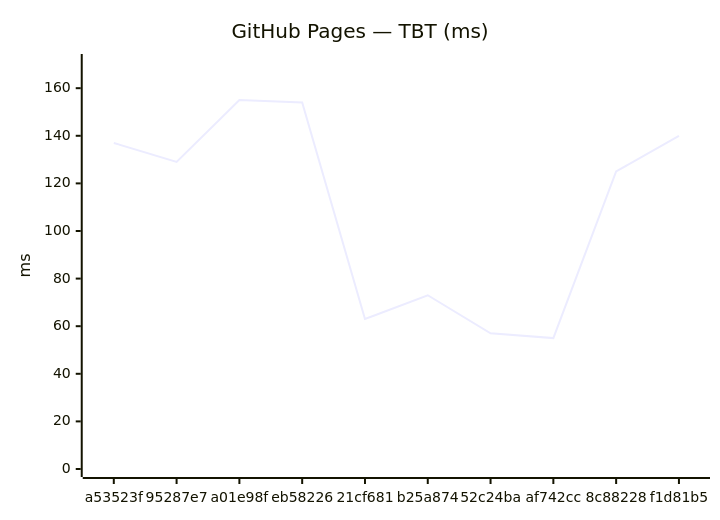
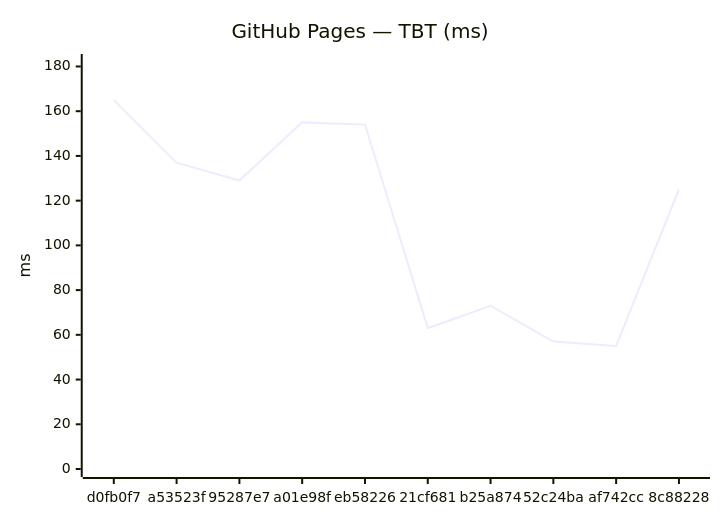
Before and after one commit to Metaheurist/Rianell: the fourth of 18 diagrams in benchmarks/compare.md, drawn with Mermaid. The commit also changed other lines of this file and 11 other files, not shown here.

````diff
--- a/benchmarks/compare.md
+++ b/benchmarks/compare.md
@@ -61,7 +61,7 @@
 ```mermaid
 xychart-beta
     title "GitHub Pages — TBT (ms)"
-    x-axis ["a53523f", "95287e7", "a01e98f", "eb58226", "21cf681", "b25a874", "52c24ba", "af742cc", "8c88228", "f1d81b5"]
-    y-axis "ms" 0 --> 171
-    line [137, 129, 155, 154, 63, 73, 57, 55, 125, 140]
+    x-axis ["d0fb0f7", "a53523f", "95287e7", "a01e98f", "eb58226", "21cf681", "b25a874", "52c24ba", "af742cc", "8c88228"]
+    y-axis "ms" 0 --> 182
+    line [165, 137, 129, 155, 154, 63, 73, 57, 55, 125]
 ```
````
